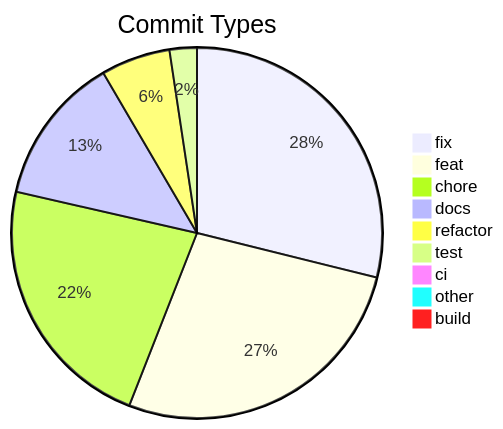
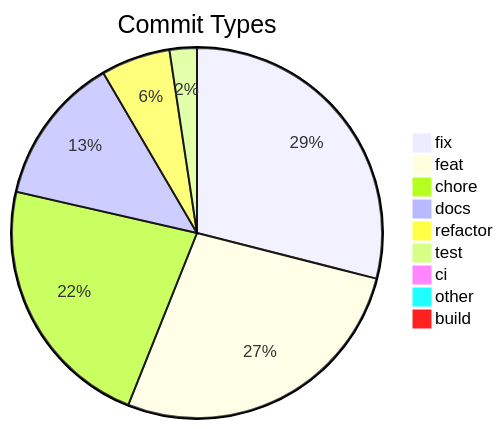
The diagram in .shipwright/compliance/change-history.md (svenroth-ai/shipwright), drawn with Mermaid before and after one commit. The commit also changed other lines of this file and 16 other files, not shown here.

````diff
--- a/.shipwright/compliance/change-history.md
+++ b/.shipwright/compliance/change-history.md
@@ -8,12 +8,12 @@
 ```mermaid
 pie title Commit Types
-    "fix" : 291
+    "fix" : 292
     "feat" : 273
-    "chore" : 228
+    "chore" : 227
     "docs" : 131
     "refactor" : 61
     "test" : 24
     "ci" : 7
     "other" : 7
     "build" : 1
 ```
````
